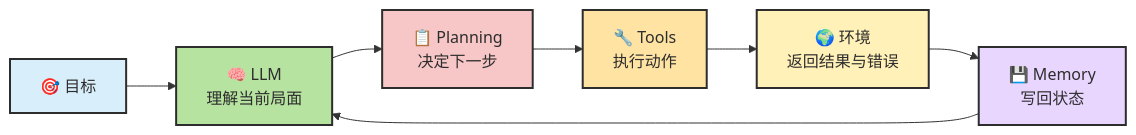
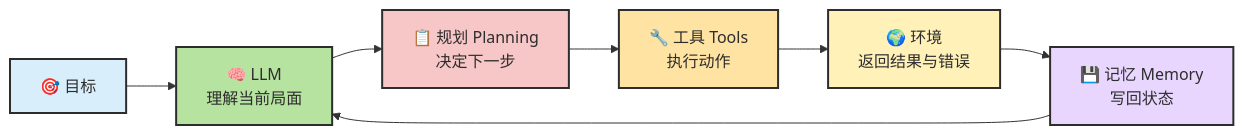
Before and after one commit to zht043/AgenticCodingTutorial: diagram 12 of 43 in docs/chapters/ch02-concepts.md, drawn with Mermaid. The commit also changed other lines of this file and 1 other file, not shown here.

Commit message:
refine chapter 2 diagrams and agent guidance

````diff
--- a/docs/chapters/ch02-concepts.md
+++ b/docs/chapters/ch02-concepts.md
@@ -317,11 +422,11 @@
 ```mermaid
 flowchart LR
     classDef goal fill:#d8eefb,stroke:#2d2d2d,stroke-width:2px,color:#2d2d2d
     classDef model fill:#b7e3a1,stroke:#2d2d2d,stroke-width:2px,color:#2d2d2d
     classDef plan fill:#f7c6c7,stroke:#2d2d2d,stroke-width:2px,color:#2d2d2d
     classDef tool fill:#ffe3a3,stroke:#2d2d2d,stroke-width:2px,color:#2d2d2d
     classDef env fill:#fff1b8,stroke:#2d2d2d,stroke-width:2px,color:#2d2d2d
     classDef mem fill:#e8d6ff,stroke:#2d2d2d,stroke-width:2px,color:#2d2d2d
 
-    G["🎯 目标"]:::goal --> L["🧠 LLM<br/>理解当前局面"]:::model --> P["📋 Planning<br/>决定下一步"]:::plan --> T["🔧 Tools<br/>执行动作"]:::tool --> E["🌍 环境<br/>返回结果与错误"]:::env --> M["💾 Memory<br/>写回状态"]:::mem --> L
+    G["🎯 目标"]:::goal --> L["🧠 LLM<br/>理解当前局面"]:::model --> P["📋 规划 Planning<br/>决定下一步"]:::plan --> T["🔧 工具 Tools<br/>执行动作"]:::tool --> E["🌍 环境<br/>返回结果与错误"]:::env --> M["💾 记忆 Memory<br/>写回状态"]:::mem --> L
 ```
````
